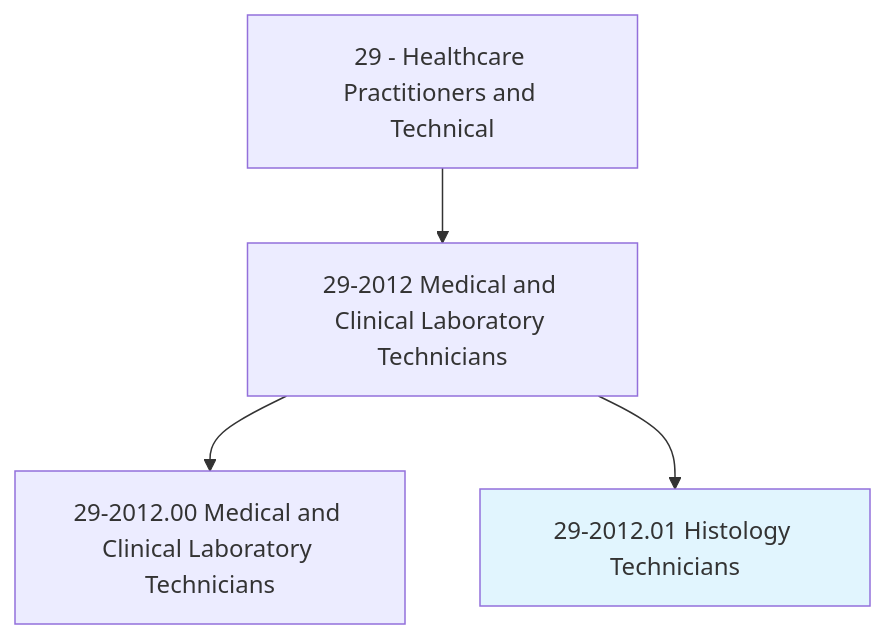
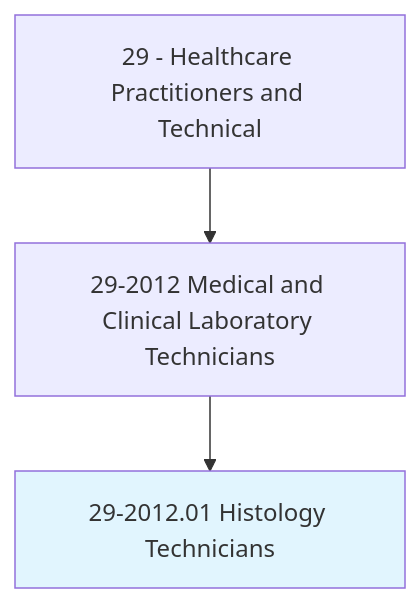
The first of 4 diagrams in occupations/HealthcarePractitioners/HistologyTechnicians.mdx (kziemski/business.org.ai), drawn with Mermaid before and after one commit. The commit also changed other lines of this file and 938 other files, not shown here.

````diff
--- a/occupations/HealthcarePractitioners/HistologyTechnicians.mdx
+++ b/occupations/HealthcarePractitioners/HistologyTechnicians.mdx
@@ -19,7 +23,6 @@
 ```mermaid
 graph TD
     Cat29["29 - Healthcare Practitioners and Technical"] --> Group292012["29-2012 Medical and Clinical Laboratory Technicians"]
-    Group292012 --> Base["29-2012.00 Medical and Clinical Laboratory Technicians"]
     Group292012 --> Current["29-2012.01 Histology Technicians"]
     style Current fill:#e1f5fe
 ```
````
